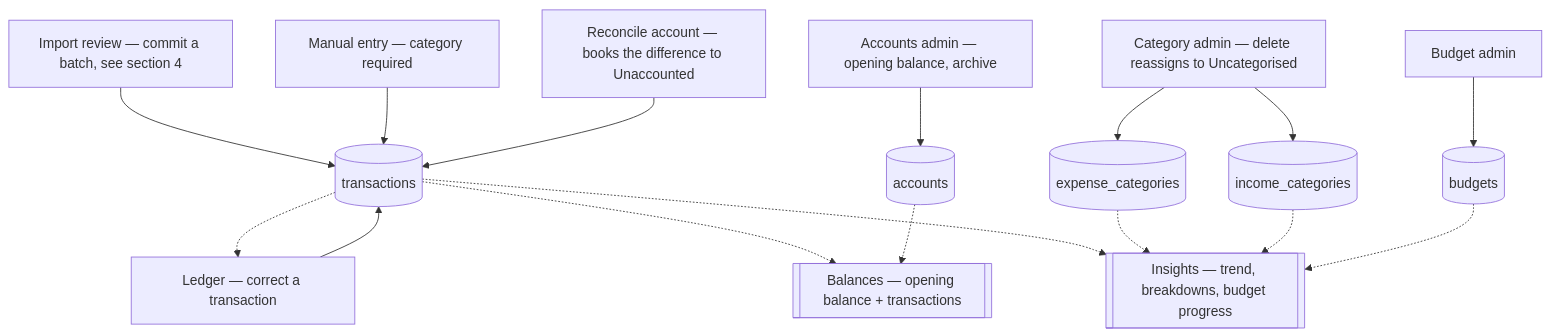
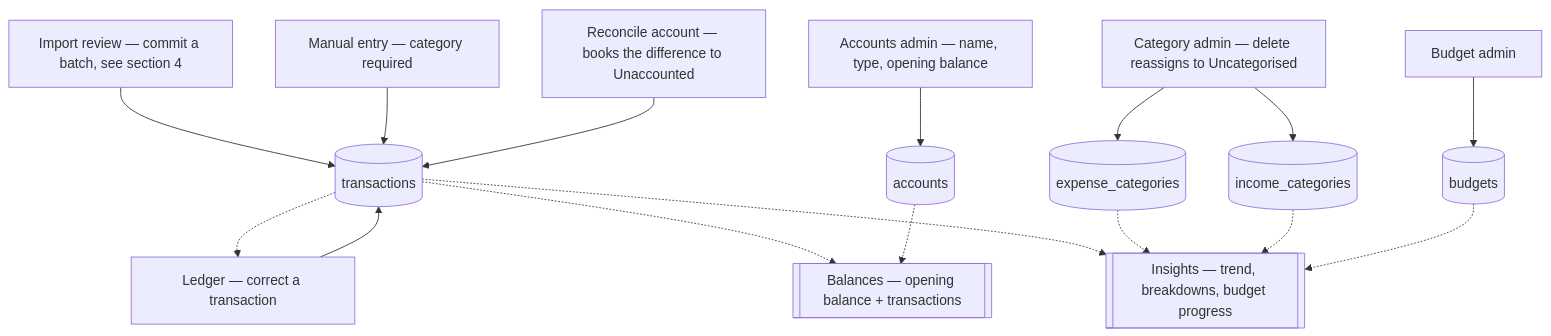
The third of 4 diagrams in architecture.md (stolle42/financialCopilot), drawn with Mermaid before and after one commit. The commit also changed 2 other files, not shown here.

Commit message:
exclude accoutn archiving

````diff
--- a/architecture.md
+++ b/architecture.md
@@ -124,37 +124,37 @@
 ```mermaid
 flowchart TD
     IMPORT["Import review — commit a batch, see section 4"]
     MANUAL["Manual entry — category required"]
     RECON["Reconcile account — books the difference to Unaccounted"]
     LEDGER["Ledger — correct a transaction"]
 
-    ACCADMIN["Accounts admin — opening balance, archive"]
+    ACCADMIN["Accounts admin — name, type, opening balance"]
     CATADMIN["Category admin — delete reassigns to Uncategorised"]
     BUDADMIN["Budget admin"]
 
     TX[("transactions")]
     ACC[("accounts")]
     EXPC[("expense_categories")]
     INCC[("income_categories")]
     BUD[("budgets")]
 
     BAL[["Balances — opening balance + transactions"]]
     INS[["Insights — trend, breakdowns, budget progress"]]
 
     IMPORT --> TX
     MANUAL --> TX
     RECON --> TX
     LEDGER --> TX
     ACCADMIN --> ACC
     CATADMIN --> EXPC
     CATADMIN --> INCC
     BUDADMIN --> BUD
 
     TX -.-> LEDGER
     TX -.-> BAL
     TX -.-> INS
     ACC -.-> BAL
     EXPC -.-> INS
     INCC -.-> INS
     BUD -.-> INS
 ```
````
